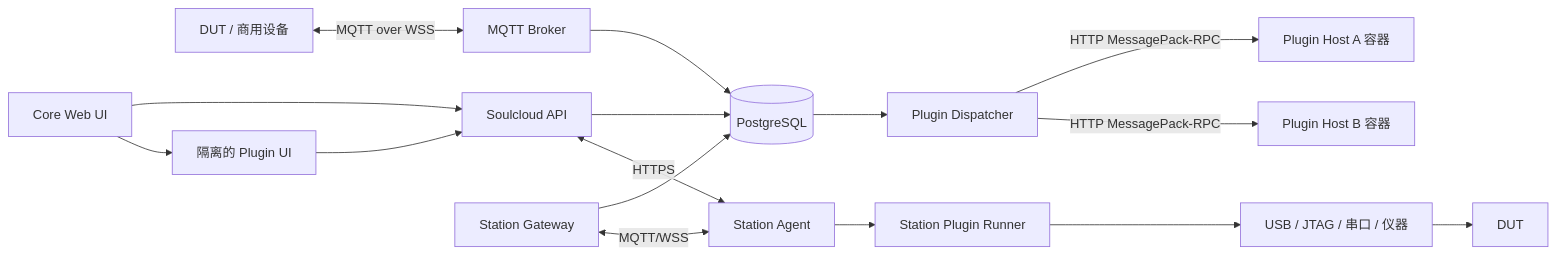
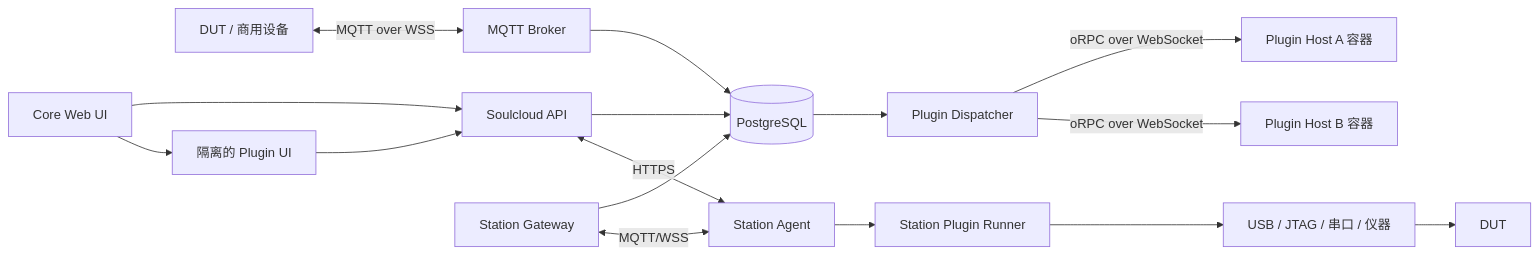
One commit to huming2207/soulcloud.js changed the diagram in docs/zh/plugin-and-station-architecture.md. Above: the diagram before and after it, drawn with Mermaid. The commit also changed other lines of this file and 33 other files, not shown here.

Commit message:
refactor: remove plugin msgpack rpc and define station contracts

````diff
--- a/docs/zh/plugin-and-station-architecture.md
+++ b/docs/zh/plugin-and-station-architecture.md
@@ -34,22 +34,22 @@
 ```mermaid
 flowchart LR
     Web[Core Web UI] --> API[Soulcloud API]
     Device[DUT / 商用设备] <-->|MQTT over WSS| Broker[MQTT Broker]
 
     API --> DB[(PostgreSQL)]
     Broker --> DB
     StationGateway[Station Gateway] --> DB
 
     DB --> Dispatcher[Plugin Dispatcher]
-    Dispatcher -->|HTTP MessagePack-RPC| HostA[Plugin Host A 容器]
-    Dispatcher -->|HTTP MessagePack-RPC| HostB[Plugin Host B 容器]
+    Dispatcher -->|oRPC over WebSocket| HostA[Plugin Host A 容器]
+    Dispatcher -->|oRPC over WebSocket| HostB[Plugin Host B 容器]
 
     Web --> PluginUI[隔离的 Plugin UI]
     PluginUI --> API
 
     API <-->|HTTPS| Agent[Station Agent]
     StationGateway <-->|MQTT/WSS| Agent
     Agent --> Runner[Station Plugin Runner]
     Runner --> Hardware[USB / JTAG / 串口 / 仪器]
     Hardware --> Target[DUT]
 ```
````
